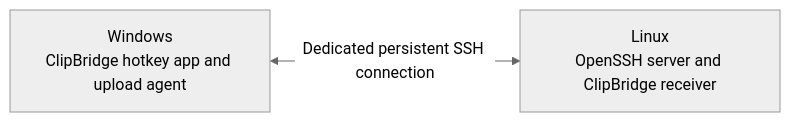
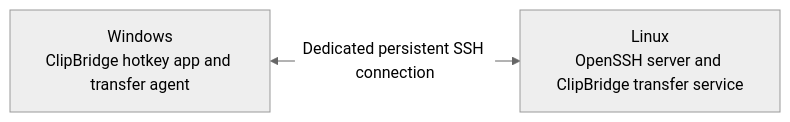
The first of 3 diagrams in README.md (NewbieToEverything/clip-win-linux), drawn with Mermaid (neutral theme) before and after one commit. The commit also changed other lines of this file and 3 other files, not shown here.

````diff
--- a/README.md
+++ b/README.md
@@ -71,6 +74,6 @@
 ```mermaid
 flowchart LR
-    W["Windows<br/>ClipBridge hotkey app and upload agent"]
-    L["Linux<br/>OpenSSH server and ClipBridge receiver"]
+    W["Windows<br/>ClipBridge hotkey app and transfer agent"]
+    L["Linux<br/>OpenSSH server and ClipBridge transfer service"]
     W <-->|"Dedicated persistent SSH connection"| L
 ```
````
